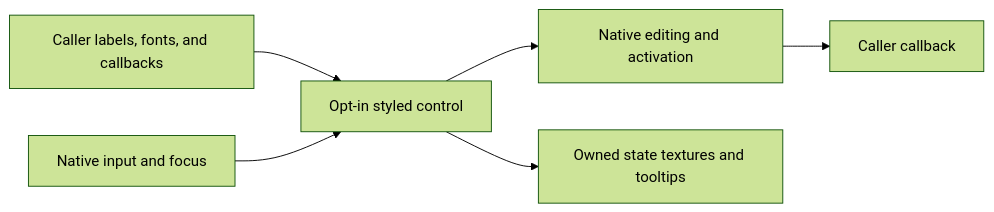
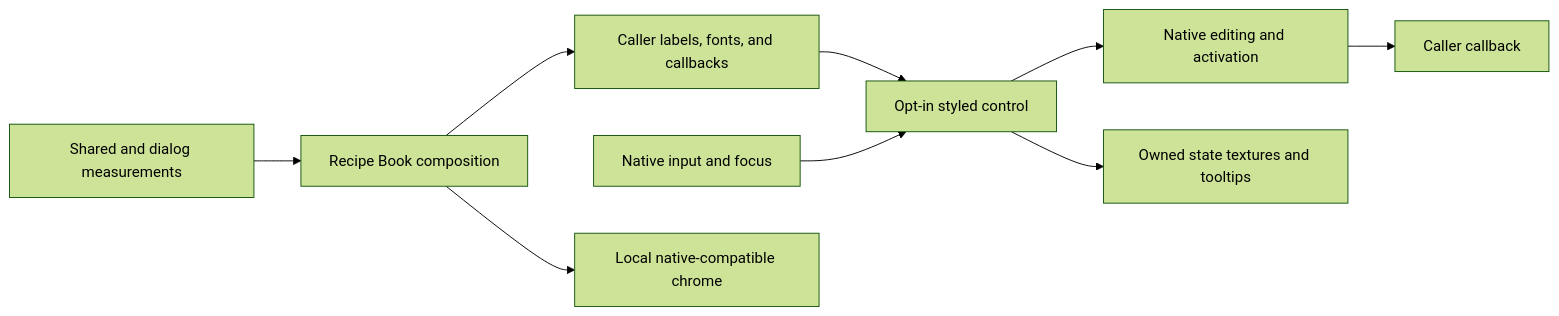
The second of 2 diagrams in docs/RecipeBook.md (dsisco11/VanillaExpanded), drawn with Mermaid (forest theme) before and after one commit. The commit also changed other lines of this file and 10 other files, not shown here.

Commit message:
[Phase 5]: Adopt shared controls and align dialog composition

````diff
--- a/docs/RecipeBook.md
+++ b/docs/RecipeBook.md
@@ -153,8 +153,11 @@
 ```mermaid
 flowchart LR
     Caller[Caller labels, fonts, and callbacks] --> Adapter[Opt-in styled control]
     Input[Native input and focus] --> Adapter
     Adapter --> Native[Native editing and activation]
     Native --> Callback[Caller callback]
     Adapter --> Visual[Owned state textures and tooltips]
+    Metrics[Shared and dialog measurements] --> Book[Recipe Book composition]
+    Book --> Caller
+    Book --> Chrome[Local native-compatible chrome]
 ```
````
